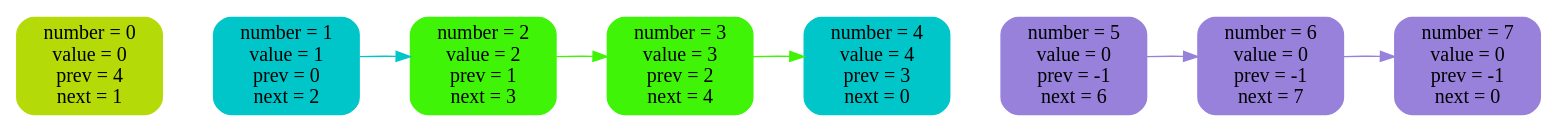
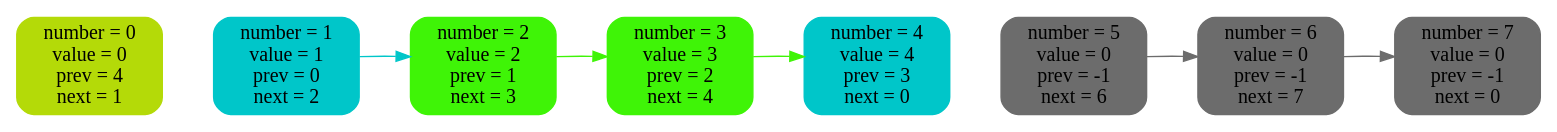
Before and after one commit to 2210223t-lang/2-linked-list: the diagram in list_log/img/5.dot, drawn with Graphviz. The commit also changed 20 other files, not shown here.

```diff
--- a/list_log/img/5.dot
+++ b/list_log/img/5.dot
@@ -1,23 +1,23 @@
 digraph {
 rankdir = LR
 n0 [ label = "number = 0\nvalue = 0\nprev = 4\nnext = 1", shape = Mrecord, fontsize = 14,style = filled, color = "#b4da08" ]
 n1 [ label = "number = 1\nvalue = 1\nprev = 0\nnext = 2", shape = Mrecord, fontsize = 14,style = filled, color = "#00c6c9" ]
 n2 [ label = "number = 2\nvalue = 2\nprev = 1\nnext = 3", shape = Mrecord, fontsize = 14,style = filled, color = "#3ff407" ]
 n3 [ label = "number = 3\nvalue = 3\nprev = 2\nnext = 4", shape = Mrecord, fontsize = 14,style = filled, color = "#3ff407" ]
 n4 [ label = "number = 4\nvalue = 4\nprev = 3\nnext = 0", shape = Mrecord, fontsize = 14,style = filled, color = "#00c6c9" ]
-n5 [ label = "number = 5\nvalue = 0\nprev = -1\nnext = 6", shape = Mrecord, fontsize = 14,style = filled, color = "#9781db" ]
-n6 [ label = "number = 6\nvalue = 0\nprev = -1\nnext = 7", shape = Mrecord, fontsize = 14,style = filled, color = "#9781db" ]
-n7 [ label = "number = 7\nvalue = 0\nprev = -1\nnext = 0", shape = Mrecord, fontsize = 14,style = filled, color = "#9781db" ]
-n0 -> n1 [ style = invis, weight = 100 ]
-n1 -> n2 [ style = invis, weight = 100 ]
-n2 -> n3 [ style = invis, weight = 100 ]
-n3 -> n4 [ style = invis, weight = 100 ]
-n4 -> n5 [ style = invis, weight = 100 ]
-n5 -> n6 [ style = invis, weight = 100 ]
-n6 -> n7 [ style = invis, weight = 100 ]
-n1 -> n2 [style = filled, color = "#00c6c9" ]
-n2 -> n3 [style = filled, color = "#3ff407" ]
-n3 -> n4 [style = filled, color = "#3ff407" ]
-n5 -> n6 [style = filled, color = "#9781db" ]
-n6 -> n7 [style = filled, color = "#9781db" ]
+n5 [ label = "number = 5\nvalue = 0\nprev = -1\nnext = 6", shape = Mrecord, fontsize = 14,style = filled, color = "#6c6c6c" ]
+n6 [ label = "number = 6\nvalue = 0\nprev = -1\nnext = 7", shape = Mrecord, fontsize = 14,style = filled, color = "#6c6c6c" ]
+n7 [ label = "number = 7\nvalue = 0\nprev = -1\nnext = 0", shape = Mrecord, fontsize = 14,style = filled, color = "#6c6c6c" ]
+n0 -> n1 [ style = invis, weight = 10000 ]
+n1 -> n2 [ style = invis, weight = 10000 ]
+n2 -> n3 [ style = invis, weight = 10000 ]
+n3 -> n4 [ style = invis, weight = 10000 ]
+n4 -> n5 [ style = invis, weight = 10000 ]
+n5 -> n6 [ style = invis, weight = 10000 ]
+n6 -> n7 [ style = invis, weight = 10000 ]
+n1 -> n2 [ style = filled, color = "#00c6c9" ]
+n2 -> n3 [ style = filled, color = "#3ff407" ]
+n3 -> n4 [ style = filled, color = "#3ff407" ]
+n5 -> n6 [ style = filled, color = "#6c6c6c" ]
+n6 -> n7 [ style = filled, color = "#6c6c6c" ]
 }
```
